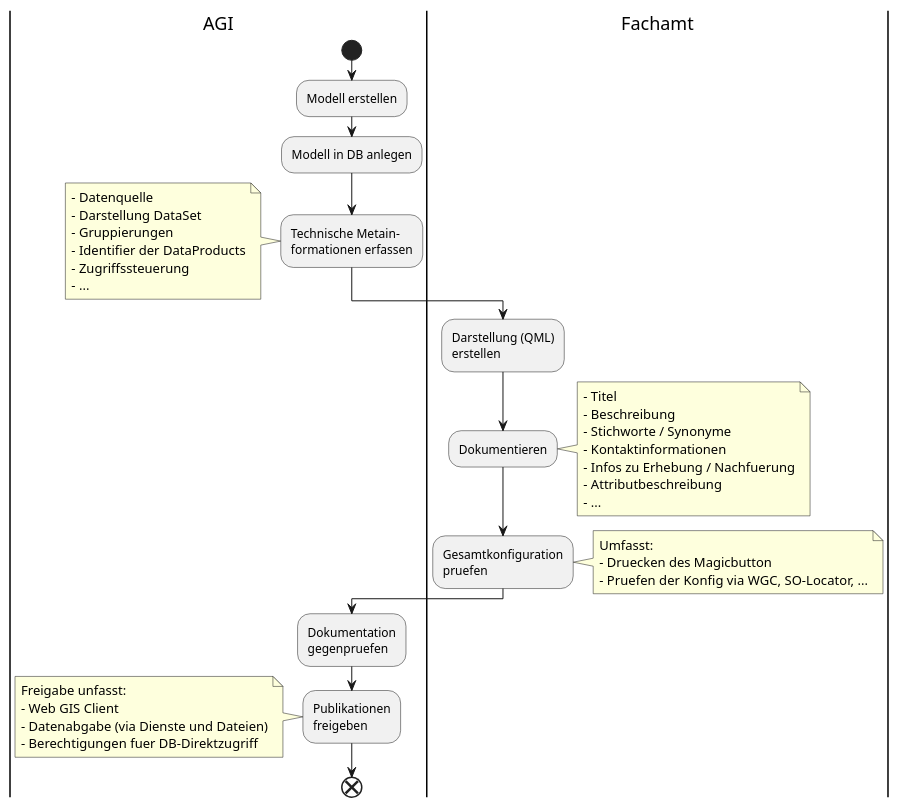
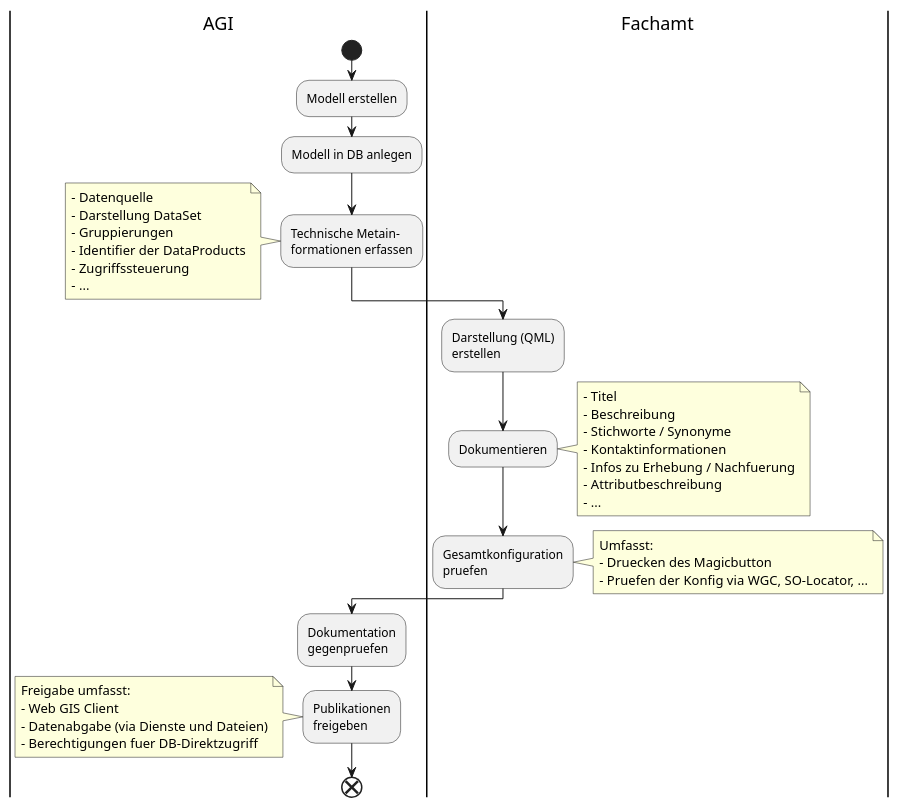
Before and after one commit to simi-so/mm: the diagram in puml/src/ablauf_neu.puml, drawn with PlantUML.

```diff
--- a/puml/src/ablauf_neu.puml
+++ b/puml/src/ablauf_neu.puml
@@ -1,61 +1,61 @@
 @startuml
 |AGI|
 start
 
 :Modell erstellen;
 
 :Modell in DB anlegen;
 
 :Technische Metain-
 formationen erfassen;
 
 note left
 - Datenquelle
 - Darstellung DataSet
 - Gruppierungen
 - Identifier der DataProducts
 - Zugriffssteuerung
 - ...
 end note
 
 |Fachamt|
 :Darstellung (QML)
 erstellen;
 
 :Dokumentieren;
 
 note right
 - Titel
 - Beschreibung
 - Stichworte / Synonyme
 - Kontaktinformationen
 - Infos zu Erhebung / Nachfuerung
 - Attributbeschreibung
 - ...
 end note
 
 :Gesamtkonfiguration
 pruefen;
 
 note right
 Umfasst:
 - Druecken des Magicbutton
 - Pruefen der Konfig via WGC, SO-Locator, ...
 end note
 
 |AGI|
 :Dokumentation
 gegenpruefen;
 
 :Publikationen
 freigeben;
 
 note left
-Freigabe unfasst:
+Freigabe umfasst:
 - Web GIS Client
 - Datenabgabe (via Dienste und Dateien)
 - Berechtigungen fuer DB-Direktzugriff
 end note
 
 end
 @enduml
```
